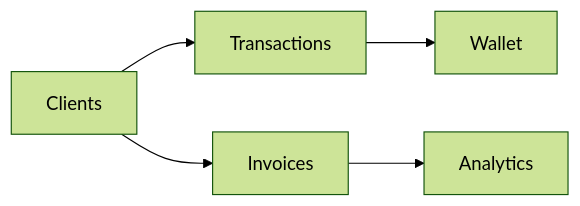
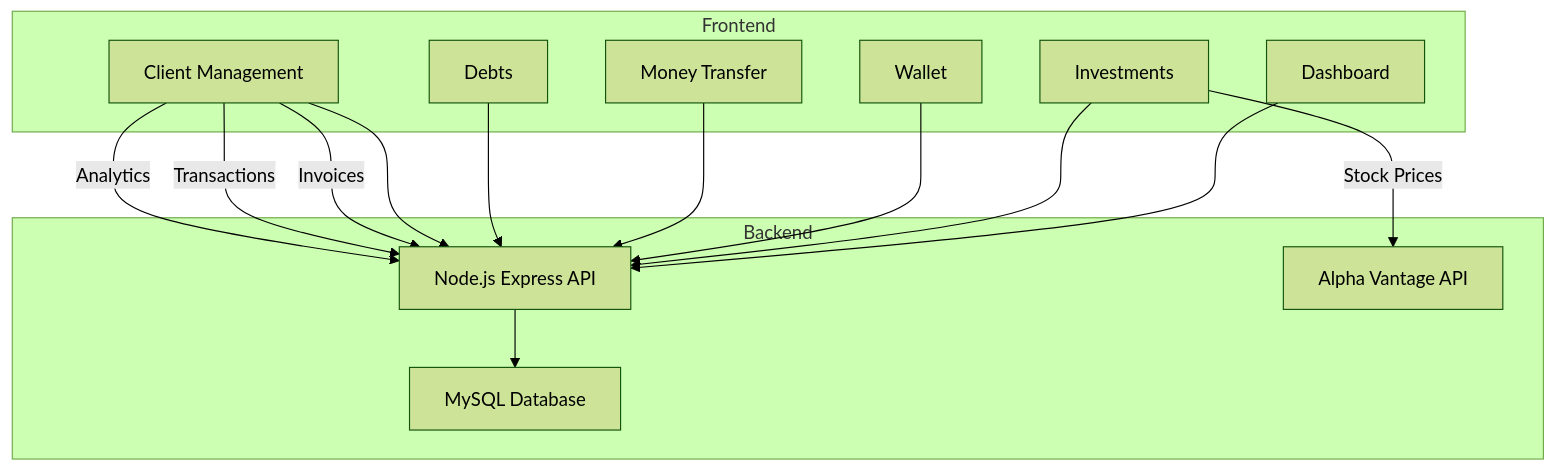
The diagram in README.md (Heet0001/Penny-Pilot), drawn with Mermaid (forest theme) before and after one commit. The commit also changed other lines of this file and 1 other file, not shown here.

````diff
--- a/README.md
+++ b/README.md
@@ -28,7 +41,27 @@
 ```mermaid
-flowchart LR
-    A[Clients] --> B[Transactions]
-    A --> C[Invoices]
-    B --> D[Wallet]
-    C --> E[Analytics]
+flowchart TD
+    subgraph Frontend
+        A[Dashboard]
+        B[Investments]
+        C[Wallet]
+        D[Money Transfer]
+        E[Debts]
+        F[Client Management]
+    end
+    subgraph Backend
+        G[Node.js Express API]
+        H[MySQL Database]
+        I[Alpha Vantage API]
+    end
+    A --> G
+    B --> G
+    C --> G
+    D --> G
+    E --> G
+    F --> G
+    G --> H
+    B -- Stock Prices --> I
+    F -->|Invoices| G
+    F -->|Transactions| G
+    F -->|Analytics| G
 ```
````
